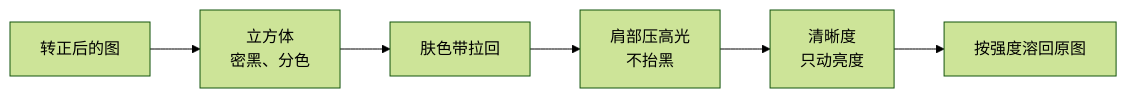
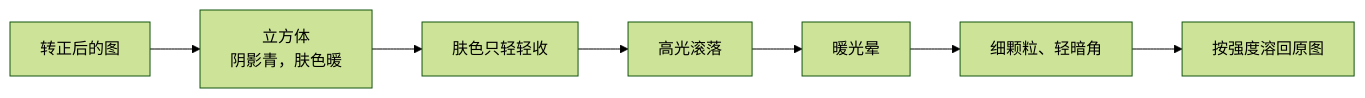
Before and after one commit to zhe-ma/angie-filter: the diagram in design/poster.md, drawn with Mermaid (forest theme). The commit also changed other lines of this file and 13 other files, not shown here.

````diff
--- a/design/poster.md
+++ b/design/poster.md
@@ -28,8 +25,9 @@
 ```mermaid
 flowchart LR
-  src["转正后的图"] --> cube["立方体<br/>密黑、分色"]
-  cube --> skin["肤色带拉回"]
-  skin --> tone["肩部压高光<br/>不抬黑"]
-  tone --> clarity["清晰度<br/>只动亮度"]
-  clarity --> mix["按强度溶回原图"]
+  src["转正后的图"] --> cube["立方体<br/>阴影青，肤色暖"]
+  cube --> skin["肤色只轻轻收"]
+  skin --> tone["高光滚落"]
+  tone --> halo["暖光晕"]
+  halo --> grain["细颗粒、轻暗角"]
+  grain --> mix["按强度溶回原图"]
 ```
````
